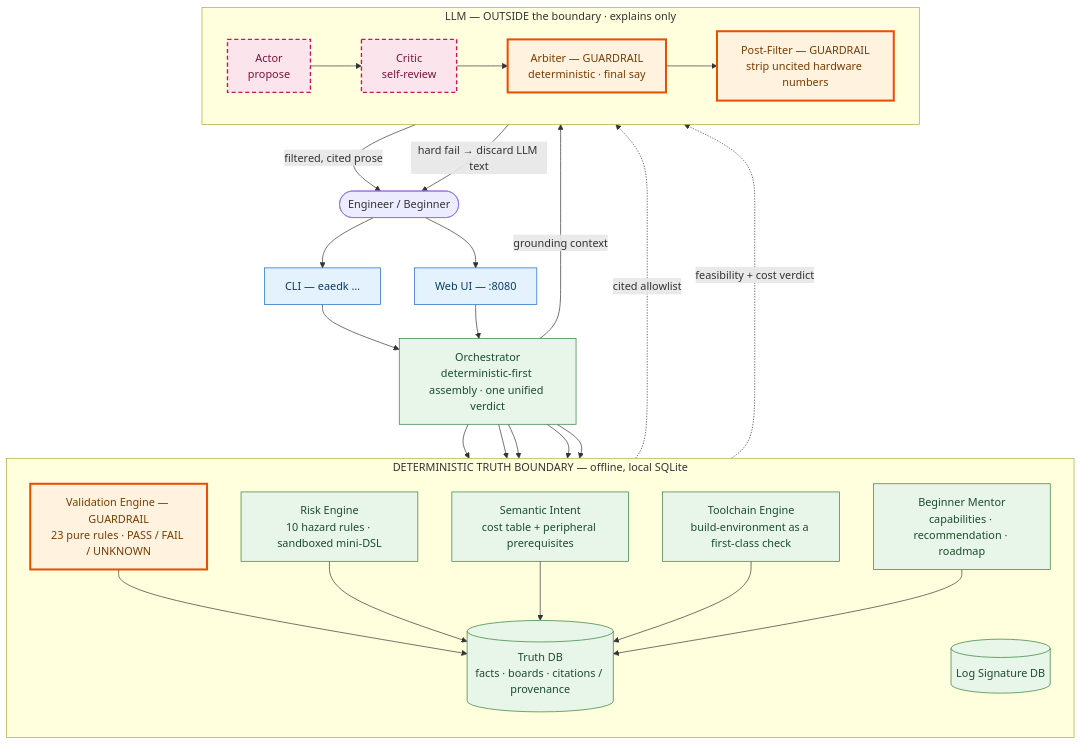
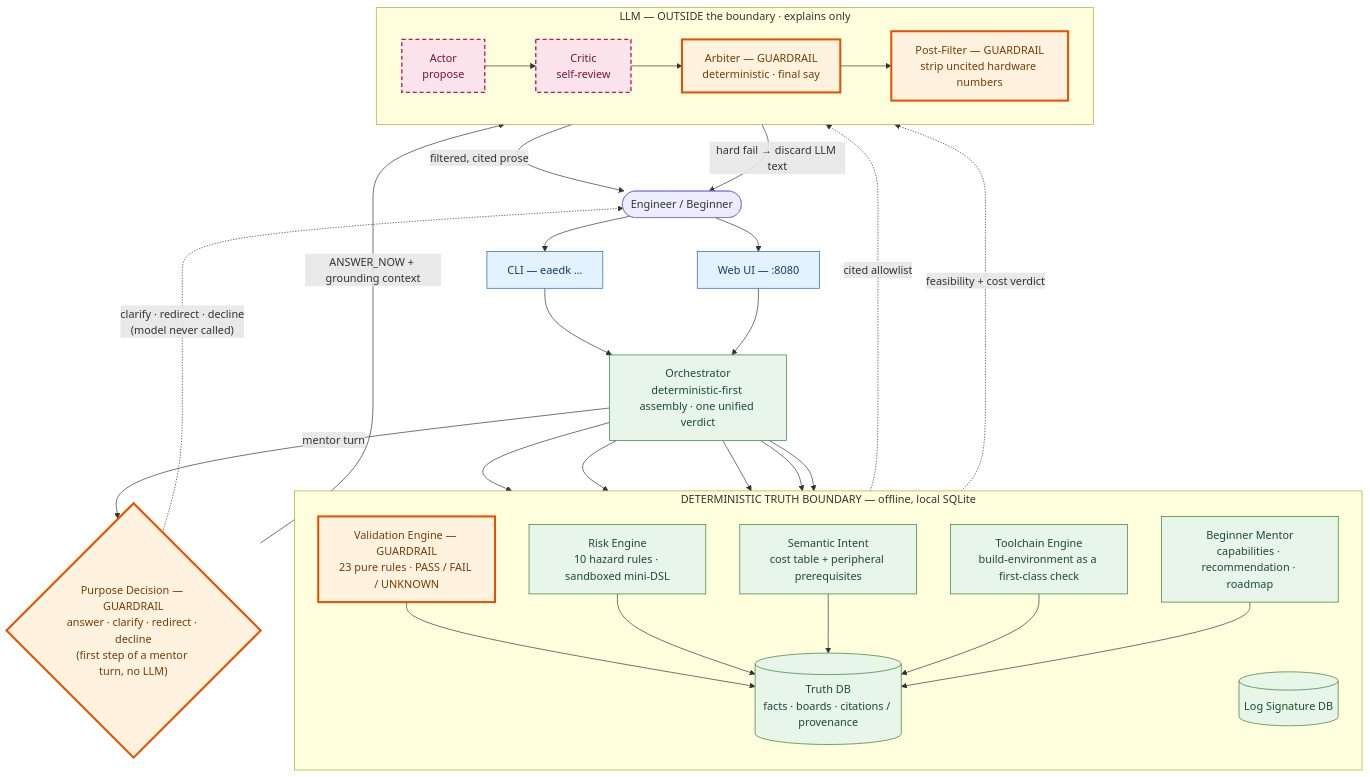
Before and after one commit to Ashut90/eaedk: the first of 3 diagrams in README.md, drawn with Mermaid. The commit also changed other lines of this file, not shown here.

First line of the commit message:
docs(readme): document the Purpose Decision gate + sample interactions

````diff
--- a/README.md
+++ b/README.md
@@ -94,48 +96,52 @@
 ```mermaid
 flowchart TB
     user([Engineer / Beginner])
     CLI["CLI — eaedk …"]:::door
     WEB["Web UI — :8080"]:::door
     user --> CLI
     user --> WEB
     CLI --> ORCH
     WEB --> ORCH
     ORCH["Orchestrator<br/>deterministic-first assembly · one unified verdict"]:::core
 
     subgraph TRUTH["DETERMINISTIC TRUTH BOUNDARY — offline, local SQLite"]
         direction TB
         VAL["Validation Engine — GUARDRAIL<br/>23 pure rules · PASS / FAIL / UNKNOWN"]:::guard
         RISK["Risk Engine<br/>10 hazard rules · sandboxed mini-DSL"]:::core
         SEM["Semantic Intent<br/>cost table + peripheral prerequisites"]:::core
         TOOL["Toolchain Engine<br/>build-environment as a first-class check"]:::core
         SIG[("Log Signature DB")]:::db
         MENT["Beginner Mentor<br/>capabilities · recommendation · roadmap"]:::core
         DB[("Truth DB<br/>facts · boards · citations / provenance")]:::db
     end
     ORCH --> VAL
     ORCH --> RISK
     ORCH --> SEM
     ORCH --> TOOL
     ORCH --> MENT
     VAL --> DB
     RISK --> DB
     SEM --> DB
     TOOL --> DB
     MENT --> DB
 
+    PURP{"Purpose Decision — GUARDRAIL<br/>answer · clarify · redirect · decline<br/>(first step of a mentor turn, no LLM)"}:::guard
+    ORCH -->|mentor turn| PURP
+    PURP -.->|"clarify · redirect · decline<br/>(model never called)"| user
+
     subgraph OUT["LLM — OUTSIDE the boundary · explains only"]
         direction LR
         ACT["Actor<br/>propose"]:::llm --> CRIT["Critic<br/>self-review"]:::llm --> ARB["Arbiter — GUARDRAIL<br/>deterministic · final say"]:::guard --> PF["Post-Filter — GUARDRAIL<br/>strip uncited hardware numbers"]:::guard
     end
-    ORCH -->|grounding context| ACT
+    PURP -->|"ANSWER_NOW + grounding context"| ACT
     DB -.->|cited allowlist| PF
     TRUTH -.->|feasibility + cost verdict| ARB
     PF -->|filtered, cited prose| user
     ARB -->|hard fail → discard LLM text| user
 
     classDef door fill:#e3f2fd,stroke:#1565c0,color:#0d3b66;
     classDef core fill:#e8f5e9,stroke:#2e7d32,color:#1b4d2e;
     classDef db fill:#e8f5e9,stroke:#2e7d32,color:#1b4d2e;
     classDef guard fill:#fff3e0,stroke:#e65100,stroke-width:3px,color:#7a3b00;
     classDef llm fill:#fce4ec,stroke:#c2185b,stroke-width:2px,stroke-dasharray:6 4,color:#7a1438;
 ```
````
